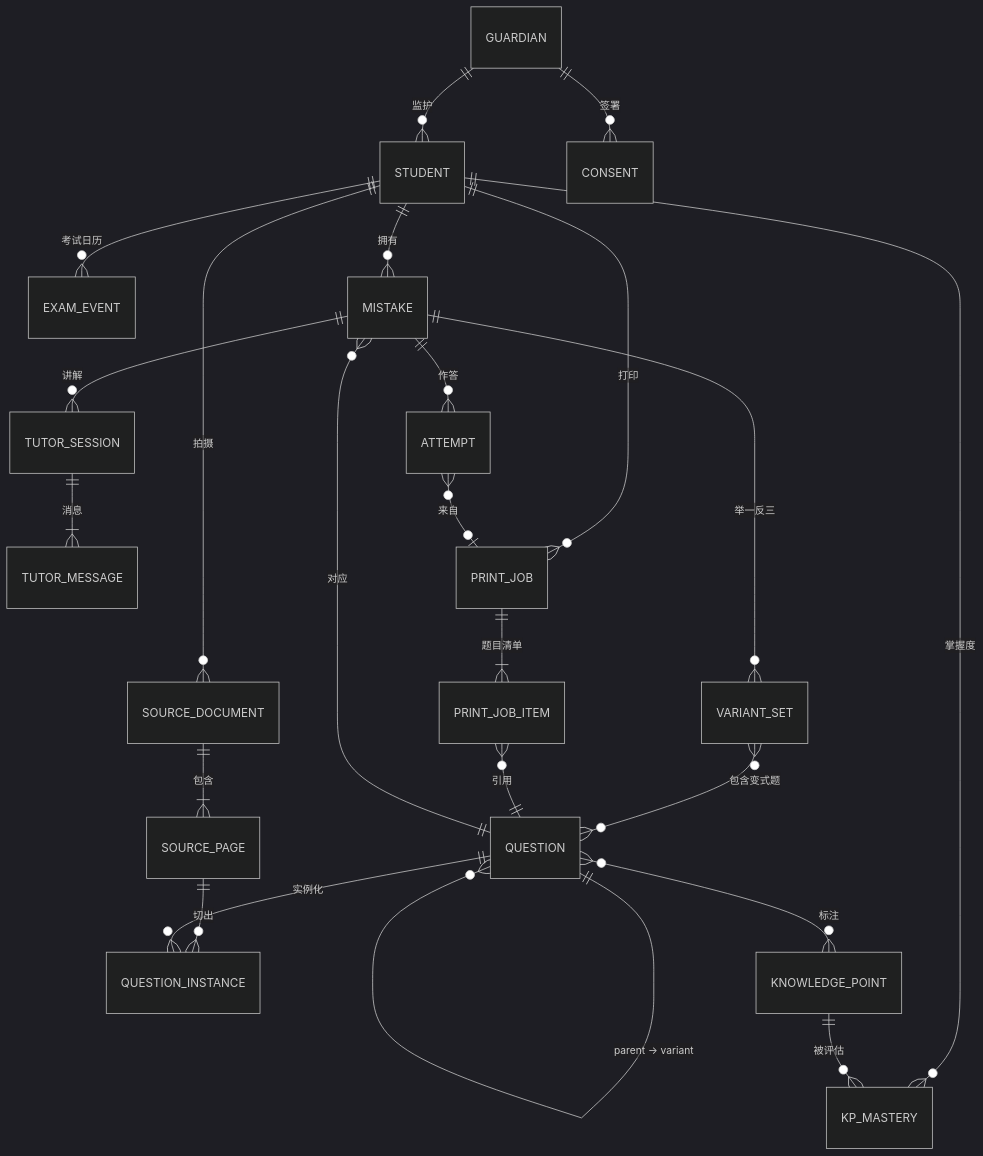
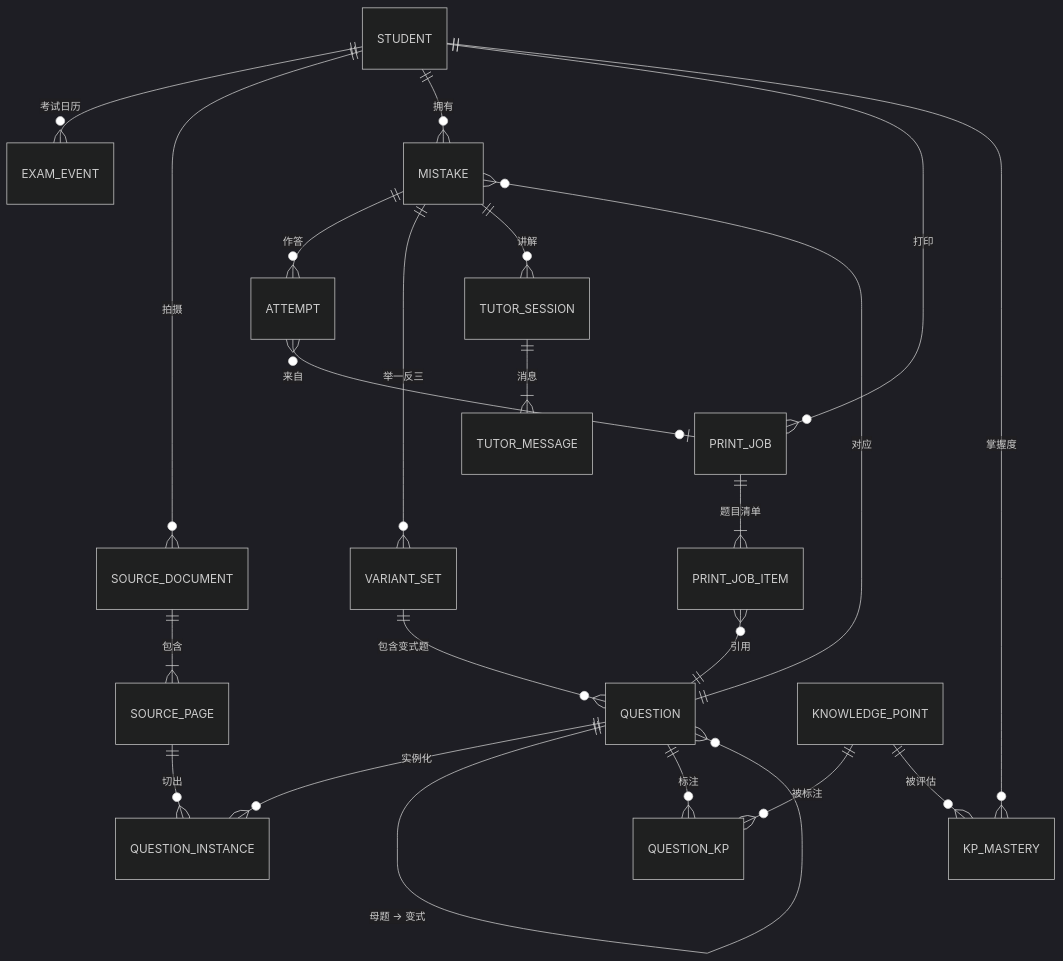
The diagram in mistake-mastery/docs/04-data-model-and-api.md (tianbao424/Claude-made-stock-bot), drawn with Mermaid (dark theme) before and after one commit. The commit also changed other lines of this file and 10 other files, not shown here.

````diff
--- a/mistake-mastery/docs/04-data-model-and-api.md
+++ b/mistake-mastery/docs/04-data-model-and-api.md
@@ -20,25 +23,24 @@
 ```mermaid
 erDiagram
-    GUARDIAN ||--o{ STUDENT : "监护"
-    GUARDIAN ||--o{ CONSENT : "签署"
     STUDENT ||--o{ EXAM_EVENT : "考试日历"
     STUDENT ||--o{ SOURCE_DOCUMENT : "拍摄"
     SOURCE_DOCUMENT ||--|{ SOURCE_PAGE : "包含"
     SOURCE_PAGE ||--o{ QUESTION_INSTANCE : "切出"
     QUESTION ||--o{ QUESTION_INSTANCE : "实例化"
     STUDENT ||--o{ MISTAKE : "拥有"
     QUESTION ||--o{ MISTAKE : "对应"
     MISTAKE ||--o{ ATTEMPT : "作答"
     MISTAKE ||--o{ VARIANT_SET : "举一反三"
-    VARIANT_SET }o--o{ QUESTION : "包含变式题"
-    QUESTION ||--o{ QUESTION : "parent → variant"
+    VARIANT_SET ||--o{ QUESTION : "包含变式题"
+    QUESTION ||--o{ QUESTION : "母题 → 变式"
     MISTAKE ||--o{ TUTOR_SESSION : "讲解"
     TUTOR_SESSION ||--|{ TUTOR_MESSAGE : "消息"
     STUDENT ||--o{ PRINT_JOB : "打印"
     PRINT_JOB ||--|{ PRINT_JOB_ITEM : "题目清单"
     PRINT_JOB_ITEM }o--|| QUESTION : "引用"
     ATTEMPT }o--o| PRINT_JOB : "来自"
-    QUESTION }o--o{ KNOWLEDGE_POINT : "标注"
+    QUESTION ||--o{ QUESTION_KP : "标注"
+    KNOWLEDGE_POINT ||--o{ QUESTION_KP : "被标注"
     STUDENT ||--o{ KP_MASTERY : "掌握度"
     KNOWLEDGE_POINT ||--o{ KP_MASTERY : "被评估"
 ```
````
